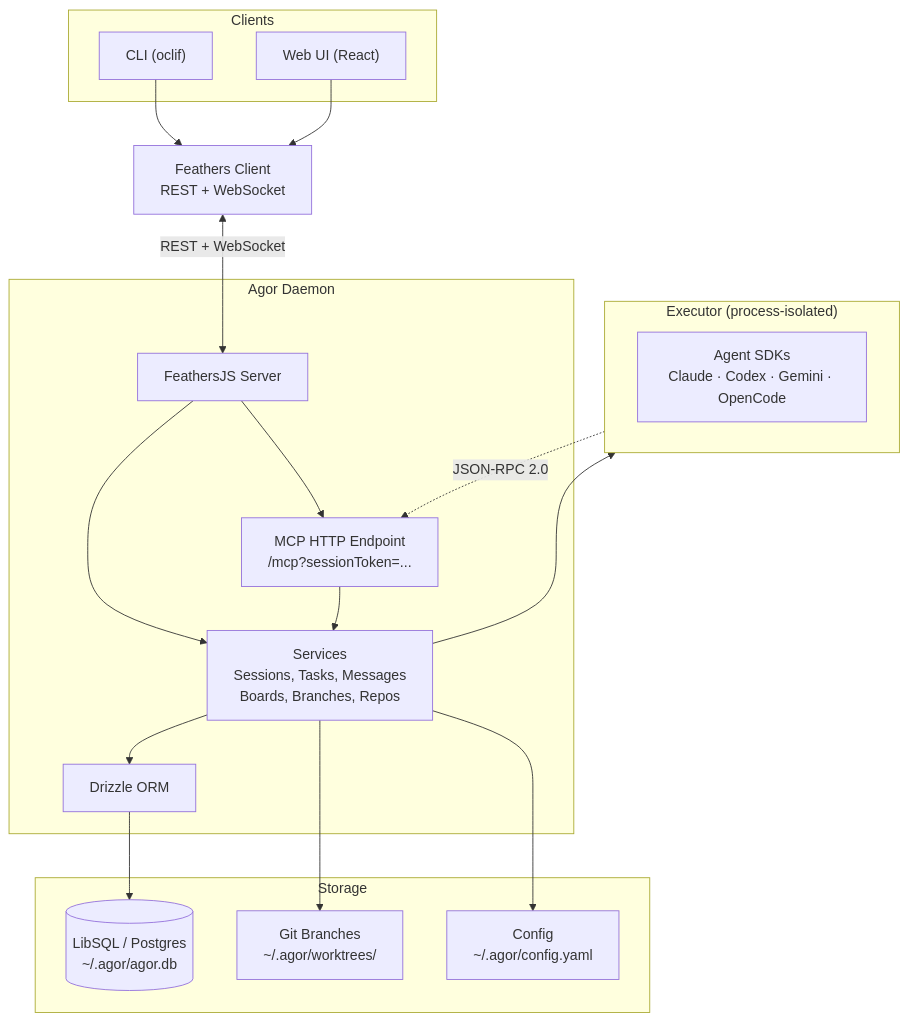
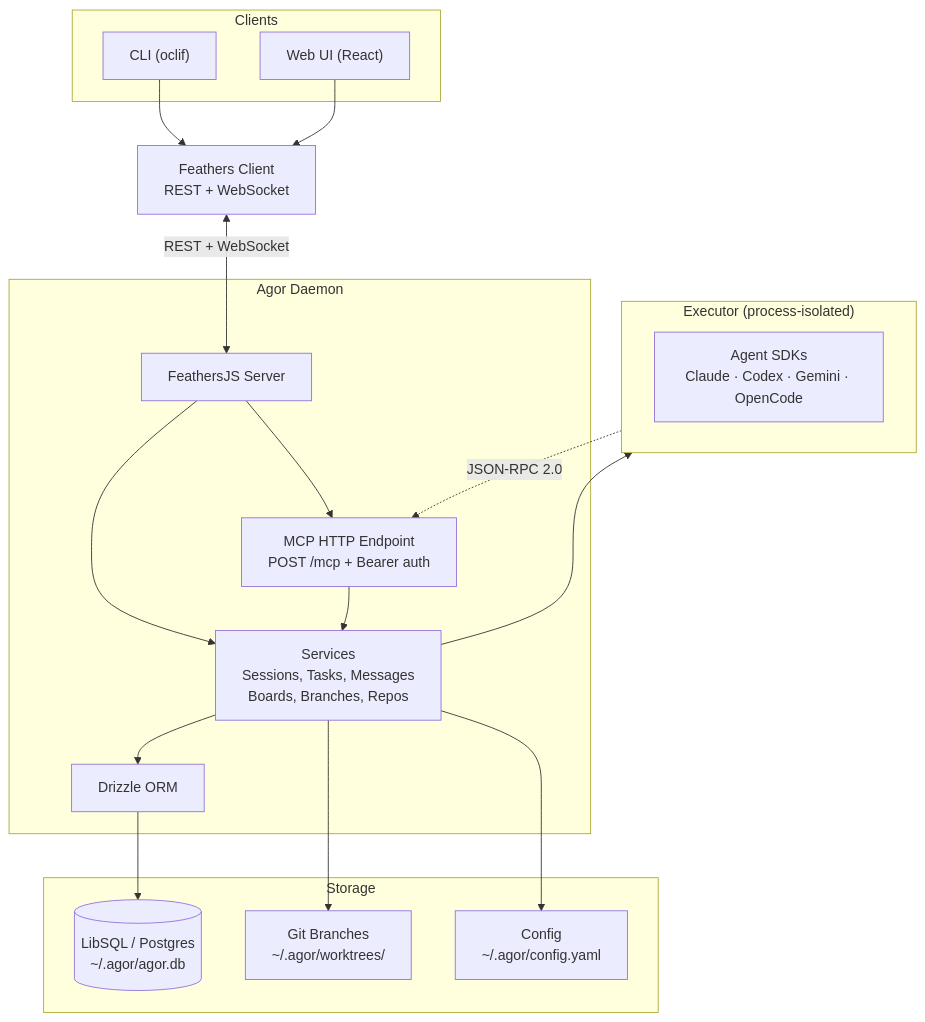
The diagram in README.md (preset-io/agor), drawn with Mermaid before and after one commit. The commit also changed 45 other files, not shown here.

````diff
--- a/README.md
+++ b/README.md
@@ -178,41 +178,41 @@
 ```mermaid
 graph TB
     subgraph Clients
         CLI["CLI (oclif)"]
         UI["Web UI (React)"]
     end
 
     Client["Feathers Client<br/>REST + WebSocket"]
 
     subgraph "Agor Daemon"
         Feathers["FeathersJS Server"]
-        MCP["MCP HTTP Endpoint<br/>/mcp?sessionToken=..."]
+        MCP["MCP HTTP Endpoint<br/>POST /mcp + Bearer auth"]
         Services["Services<br/>Sessions, Tasks, Messages<br/>Boards, Branches, Repos"]
         ORM["Drizzle ORM"]
     end
 
     subgraph Executor["Executor (process-isolated)"]
         AgentSDKs["Agent SDKs<br/>Claude · Codex · Gemini · OpenCode"]
     end
 
     subgraph Storage
         DB[("LibSQL / Postgres<br/>~/.agor/agor.db")]
         Git["Git Branches<br/>~/.agor/worktrees/"]
         Config["Config<br/>~/.agor/config.yaml"]
     end
 
     CLI --> Client
     UI --> Client
     Client <-->|REST + WebSocket| Feathers
 
     Feathers --> Services
     Feathers --> MCP
     MCP --> Services
     Services --> ORM
     Services --> Executor
     Executor -.->|JSON-RPC 2.0| MCP
 
     ORM --> DB
     Services --> Git
     Services --> Config
 ```
````
